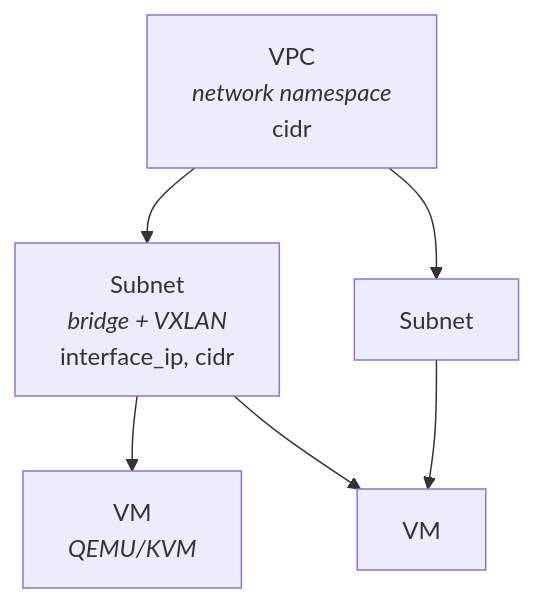
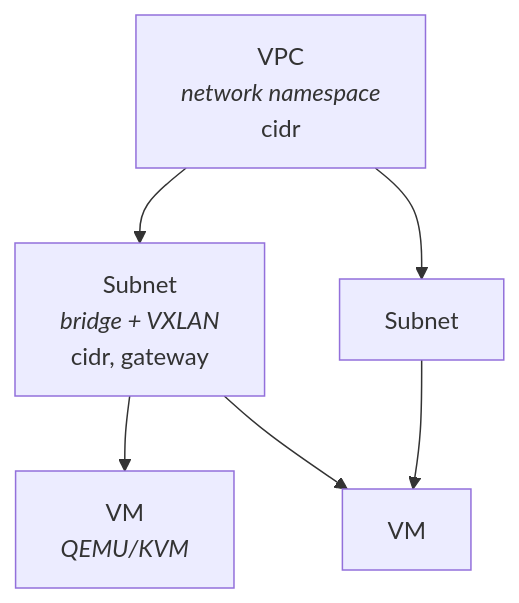
The diagram in docs/concepts/vpc-subnet-vm.rst (GnomeZworc/two-mirror), drawn with Mermaid before and after one commit. The commit also changed other lines of this file and 5 other files, not shown here.

```diff
--- a/docs/concepts/vpc-subnet-vm.rst
+++ b/docs/concepts/vpc-subnet-vm.rst
@@ -6,8 +6,8 @@
 .. mermaid::
 
    graph TD
-     VPC["VPC<br/><i>network namespace</i><br/>cidr"] --> SN1["Subnet<br/><i>bridge + VXLAN</i><br/>interface_ip, cidr"]
+     VPC["VPC<br/><i>network namespace</i><br/>cidr"] --> SN1["Subnet<br/><i>bridge + VXLAN</i><br/>cidr, gateway"]
      VPC --> SN2["Subnet"]
      SN1 --> VM1["VM<br/><i>QEMU/KVM</i>"]
      SN1 --> VM2["VM"]
      SN2 --> VM2
```
